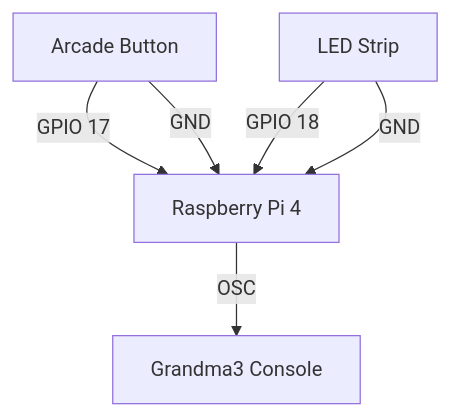
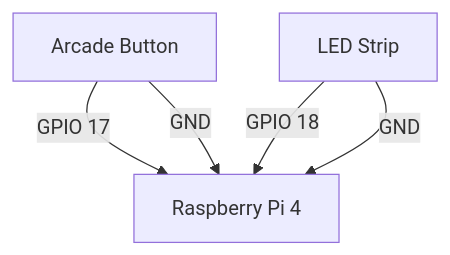
The second of 2 diagrams in Code/Final Sequence/README.md (Kean-en/TeamA-Egl314), drawn with Mermaid before and after one commit. The commit also changed other lines of this file and 3 other files, not shown here.

````diff
--- a/Code/Final Sequence/README.md
+++ b/Code/Final Sequence/README.md
@@ -60,13 +58,12 @@
 ``` mermaid
 graph TD
 A[Arcade Button]
 B[Raspberry Pi 4]
 C[LED Strip]
-D[Grandma3 Console]
+
 
 A--GPIO 17-->B
 A--GND-->B
 C--GPIO 18-->B
 C--GND-->B
-B--OSC-->D
 ```
````
